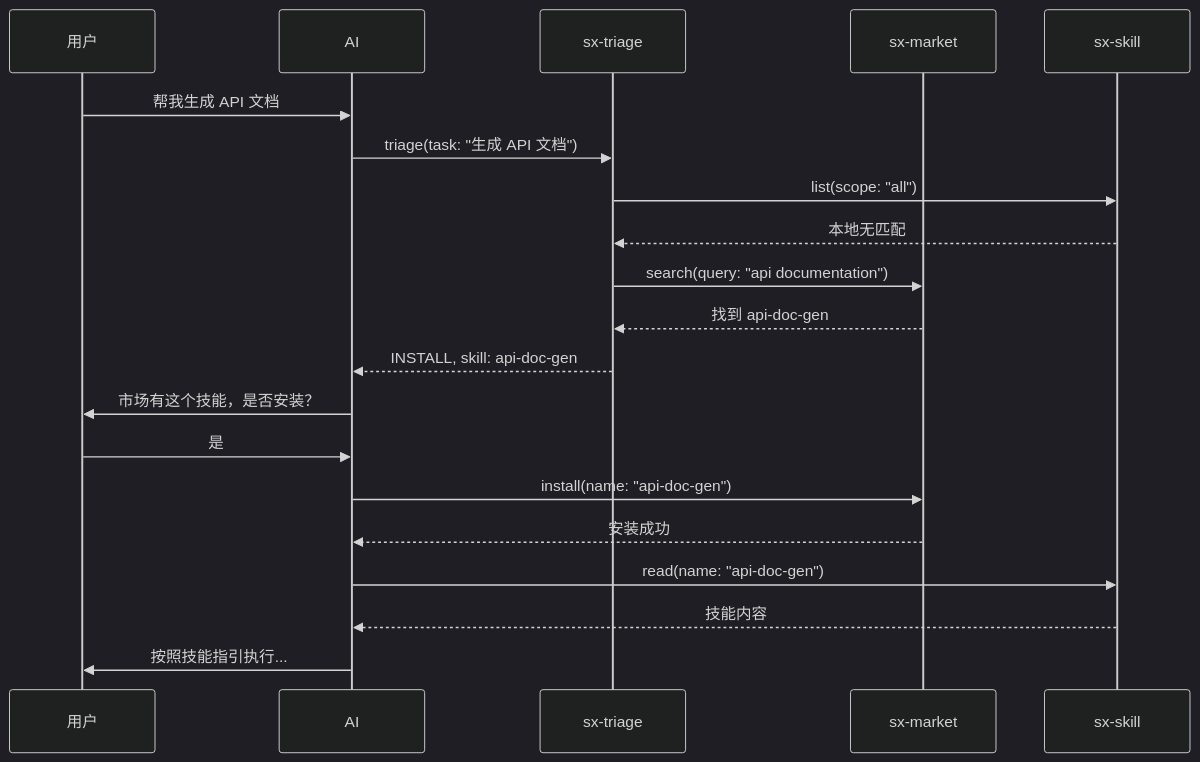
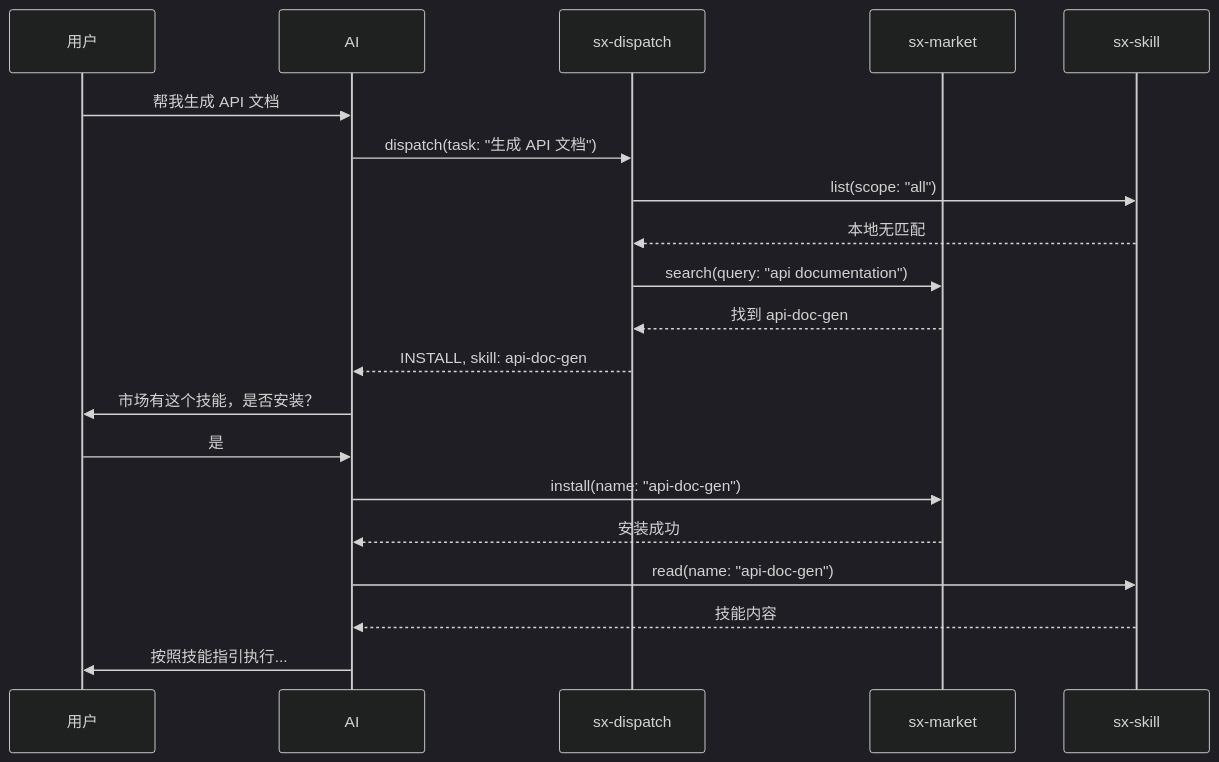
Before and after one commit to shetengteng/skillix-mcp: diagram 23 of 26 in design/02-设计/20260114-10-sx-market设计.md, drawn with Mermaid (dark theme). The commit also changed other lines of this file and 32 other files, not shown here.

````diff
--- a/design/02-设计/20260114-10-sx-market设计.md
+++ b/design/02-设计/20260114-10-sx-market设计.md
@@ -1259,23 +1259,23 @@
 ```mermaid
 sequenceDiagram
     participant U as 用户
     participant AI as AI
-    participant T as sx-triage
+    participant T as sx-dispatch
     participant M as sx-market
     participant S as sx-skill
     
     U->>AI: 帮我生成 API 文档
-    AI->>T: triage(task: "生成 API 文档")
+    AI->>T: dispatch(task: "生成 API 文档")
     T->>S: list(scope: "all")
     S-->>T: 本地无匹配
     T->>M: search(query: "api documentation")
     M-->>T: 找到 api-doc-gen
     T-->>AI: INSTALL, skill: api-doc-gen
     AI->>U: 市场有这个技能，是否安装？
     U->>AI: 是
     AI->>M: install(name: "api-doc-gen")
     M-->>AI: 安装成功
     AI->>S: read(name: "api-doc-gen")
     S-->>AI: 技能内容
     AI->>U: 按照技能指引执行...
 ```
````
